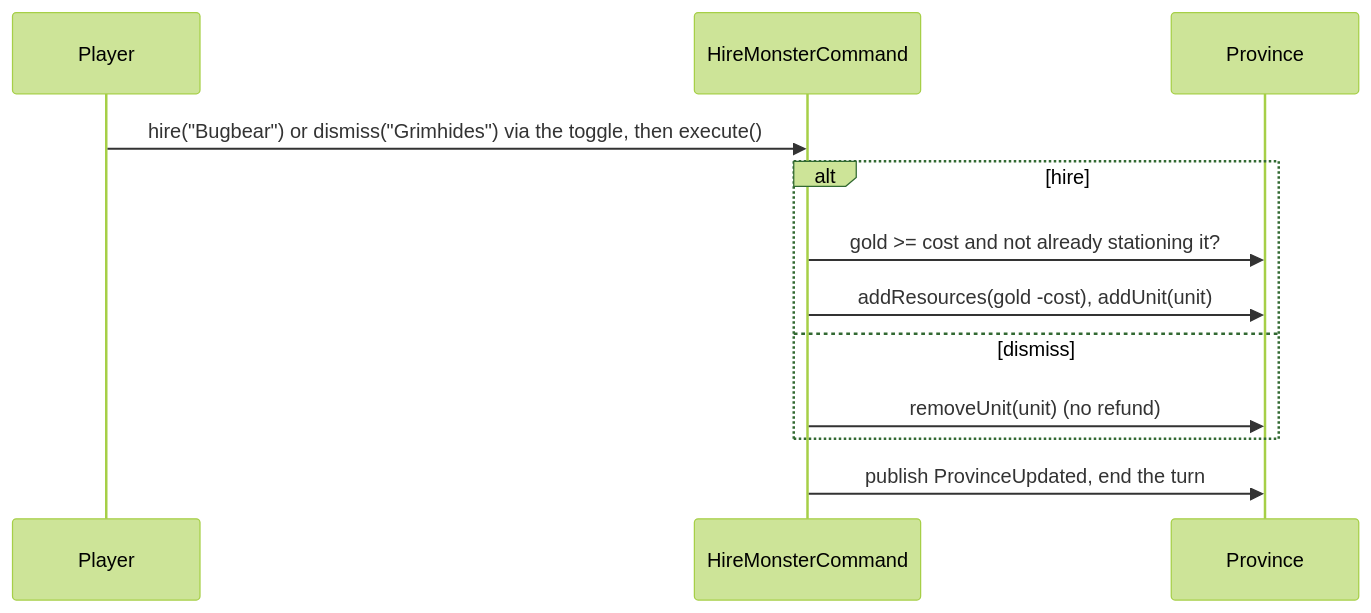
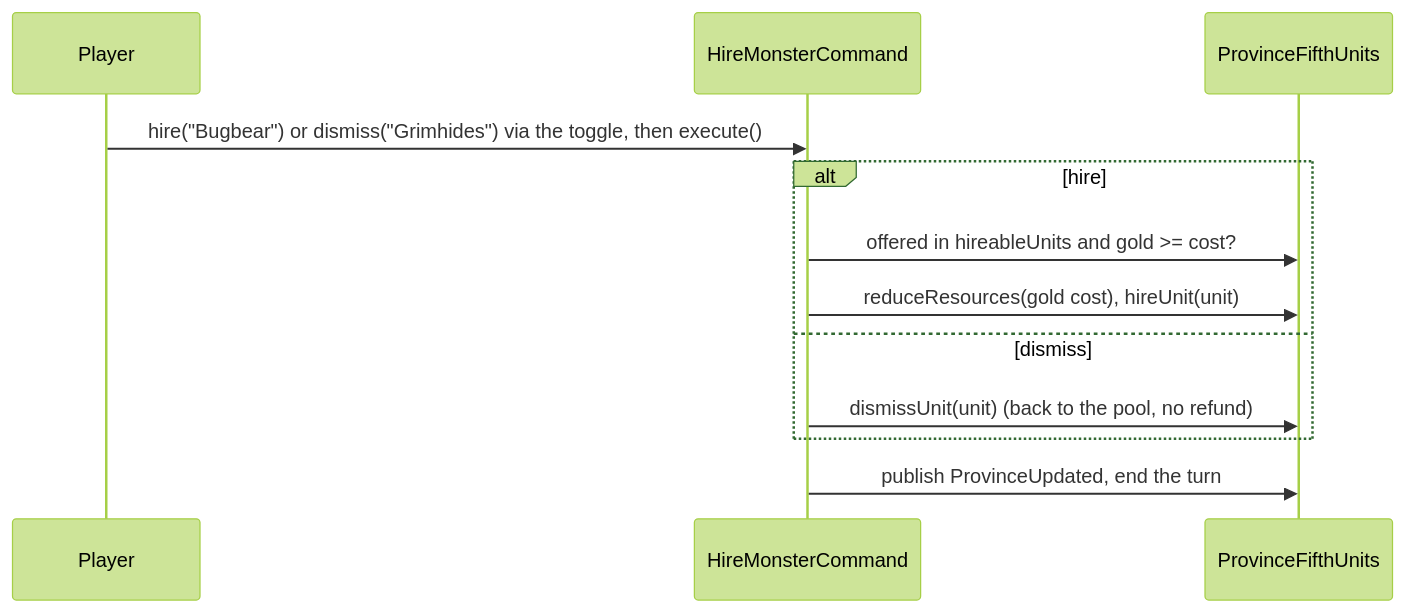
Before and after one commit to pslotinsky/kunstkamera: the third of 4 diagrams in gemstorm/docs/design/06-fifth-units.md, drawn with Mermaid (forest theme). The commit also changed other lines of this file and 19 other files, not shown here.

````diff
--- a/gemstorm/docs/design/06-fifth-units.md
+++ b/gemstorm/docs/design/06-fifth-units.md
@@ -171,14 +207,14 @@
 ```mermaid
 sequenceDiagram
   participant Player
   participant Hire as HireMonsterCommand
-  participant Prov as Province
+  participant Units as ProvinceFifthUnits
   Player->>Hire: hire("Bugbear") or dismiss("Grimhides") via the toggle, then execute()
   alt hire
-    Hire->>Prov: gold >= cost and not already stationing it?
-    Hire->>Prov: addResources(gold -cost), addUnit(unit)
+    Hire->>Units: offered in hireableUnits and gold >= cost?
+    Hire->>Units: reduceResources(gold cost), hireUnit(unit)
   else dismiss
-    Hire->>Prov: removeUnit(unit) (no refund)
+    Hire->>Units: dismissUnit(unit) (back to the pool, no refund)
   end
-  Hire->>Prov: publish ProvinceUpdated, end the turn
+  Hire->>Units: publish ProvinceUpdated, end the turn
 ```
````
